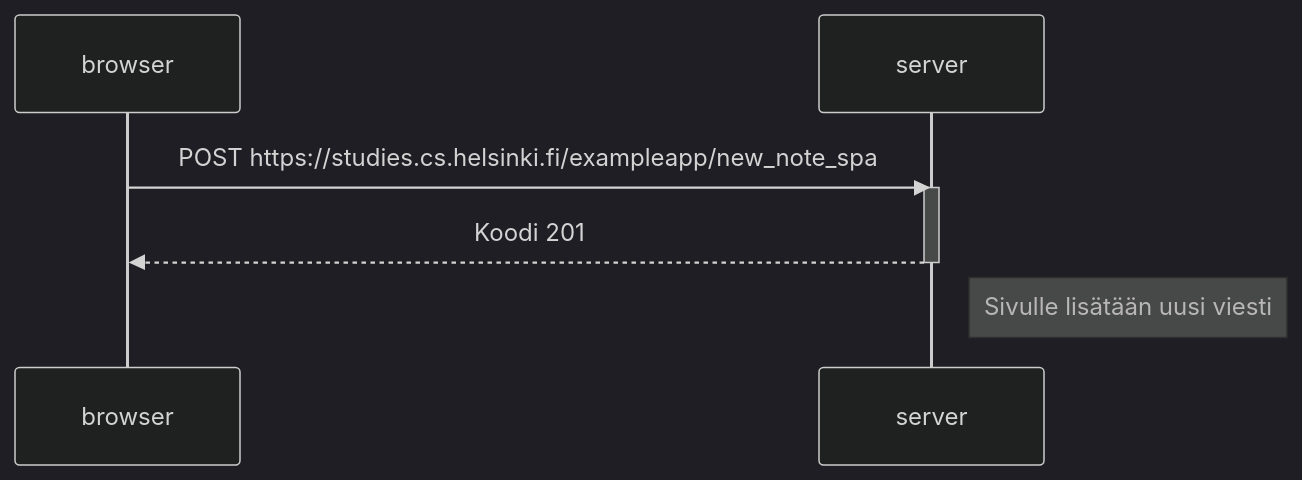
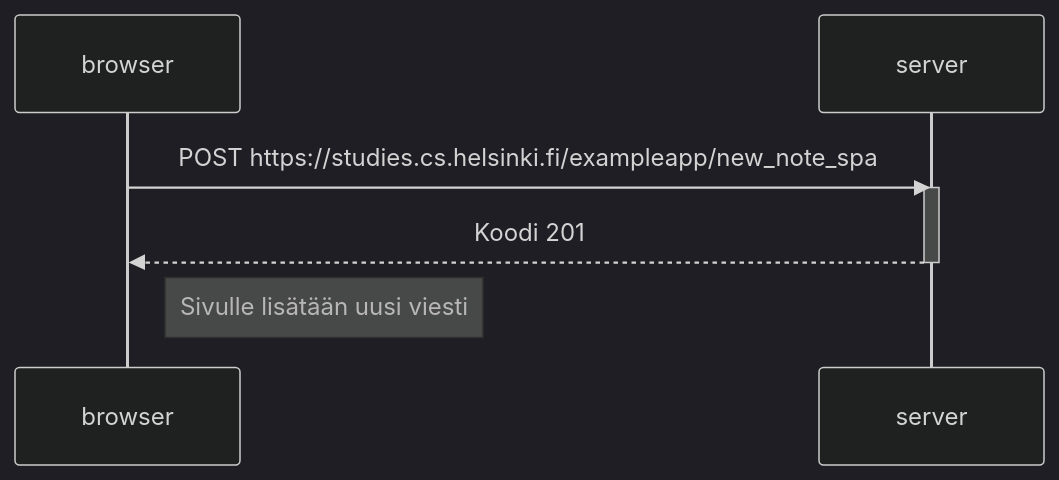
Before and after one commit to anonymous2301/palautusrepositorio: the diagram in osa0/0.6 : Uusi muistiinpano.md, drawn with Mermaid (dark theme).

Commit message:
Update 0.6 : Uusi muistiinpano.md

````diff
--- a/osa0/0.6 : Uusi muistiinpano.md
+++ b/osa0/0.6 : Uusi muistiinpano.md
@@ -3,14 +3,14 @@
 ```mermaid
 sequenceDiagram
 
   participant browser
   participant server
 
   browser->>server: POST https://studies.cs.helsinki.fi/exampleapp/new_note_spa
   activate server
   server-->>browser: Koodi 201
   deactivate server
 
-  note right of server: Sivulle lisätään uusi viesti
+  note right of browser: Sivulle lisätään uusi viesti
 
 ```
````
